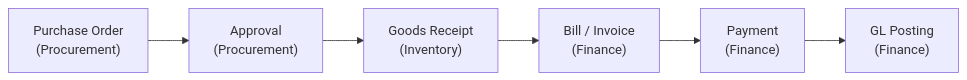
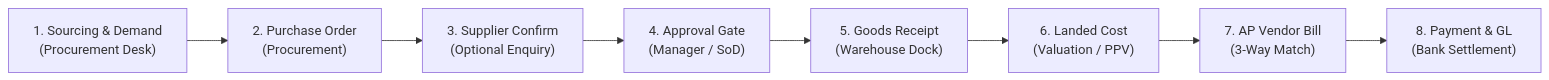
Before and after one commit to tenarm/docs: the first of 2 diagrams in user-guides/storylines/procure-to-pay.md, drawn with Mermaid. The commit also changed other lines of this file and 42 other files, not shown here.

````diff
--- a/user-guides/storylines/procure-to-pay.md
+++ b/user-guides/storylines/procure-to-pay.md
@@ -14,8 +22,10 @@
 ```mermaid
 flowchart LR
-    A["Purchase Order\n(Procurement)"] --> B["Approval\n(Procurement)"]
-    B --> C["Goods Receipt\n(Inventory)"]
-    C --> D["Bill / Invoice\n(Finance)"]
-    D --> E["Payment\n(Finance)"]
-    E --> F["GL Posting\n(Finance)"]
+    A["1. Sourcing & Demand\n(Procurement Desk)"] --> B["2. Purchase Order\n(Procurement)"]
+    B --> C["3. Supplier Confirm\n(Optional Enquiry)"]
+    C --> D["4. Approval Gate\n(Manager / SoD)"]
+    D --> E["5. Goods Receipt\n(Warehouse Dock)"]
+    E --> F["6. Landed Cost\n(Valuation / PPV)"]
+    F --> G["7. AP Vendor Bill\n(3-Way Match)"]
+    G --> H["8. Payment & GL\n(Bank Settlement)"]
 ```
````
